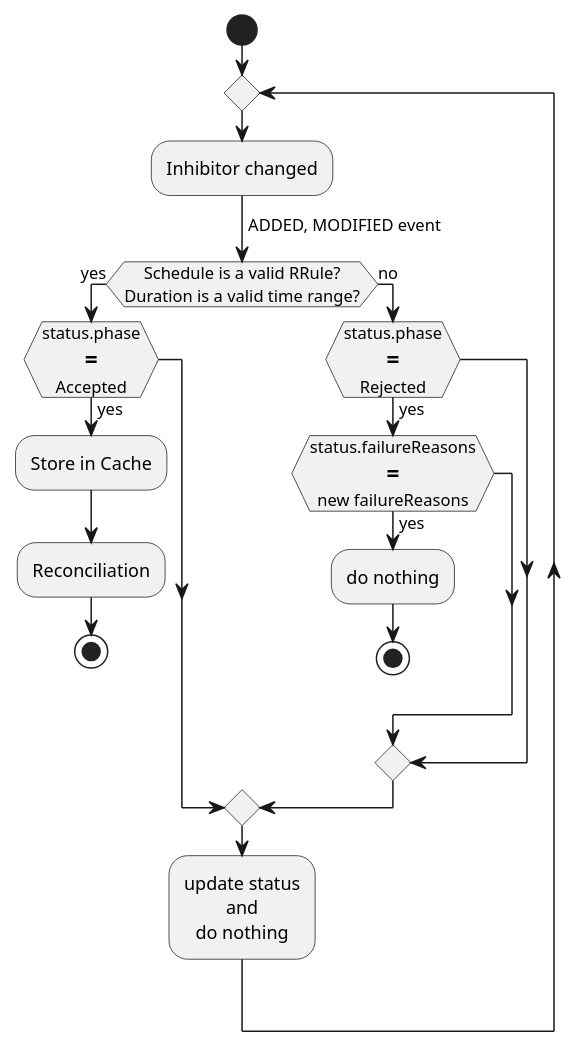
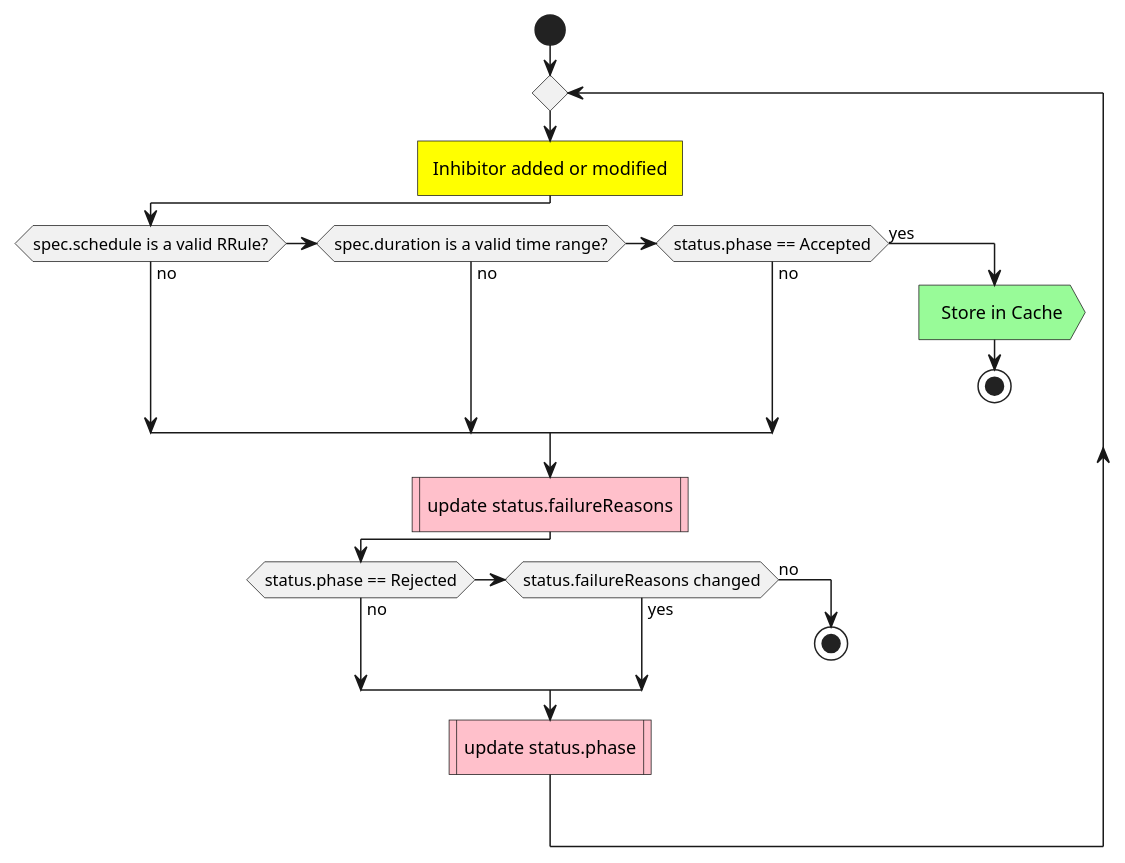
One commit to link-society/kubirds-website changed the diagram in assets/diagrams/admission_workflow_inhibitor.puml. Above: the diagram before and after it, drawn with PlantUML. The commit also changed 7 other files, not shown here.

Commit message:
:memo: update activity diagrams

```diff
--- a/assets/diagrams/admission_workflow_inhibitor.puml
+++ b/assets/diagrams/admission_workflow_inhibitor.puml
@@ -1,26 +1,22 @@
 @startuml ../../static/img/docs/workflows/inhibitor-admission
 skinparam defaultTextAlignment center
 
 start
 
 repeat
-  :Inhibitor changed;
-  ->ADDED, MODIFIED event;
-  if (Schedule is a valid RRule?\nDuration is a valid time range?) then (yes)
-    if (status.phase\n==\nAccepted) then (yes)
-      :Store in Cache;
-      :Reconciliation;
-      stop
-    endif
+  #yellow:Inhibitor added or modified]
+  if (spec.schedule is a valid RRule?) then (no)
+  elseif(spec.duration is a valid time range?) then (no)
+  elseif (status.phase == Accepted) then (no)
+  else (yes)
+    #palegreen:Store in Cache>
+    stop
+  endif
+  #pink:update status.failureReasons|
+  if (status.phase == Rejected) then (no)
+  elseif (status.failureReasons changed) then (yes)
   else (no)
-    if (status.phase\n==\nRejected) then (yes)
-      if (status.failureReasons\n==\nnew failureReasons) then (yes)
-        :do nothing;
-        stop
-      endif
-    endif
+    stop
   endif
-  :update status\nand\ndo nothing;
-
-
+  #pink:update status.phase|
 @enduml
```
